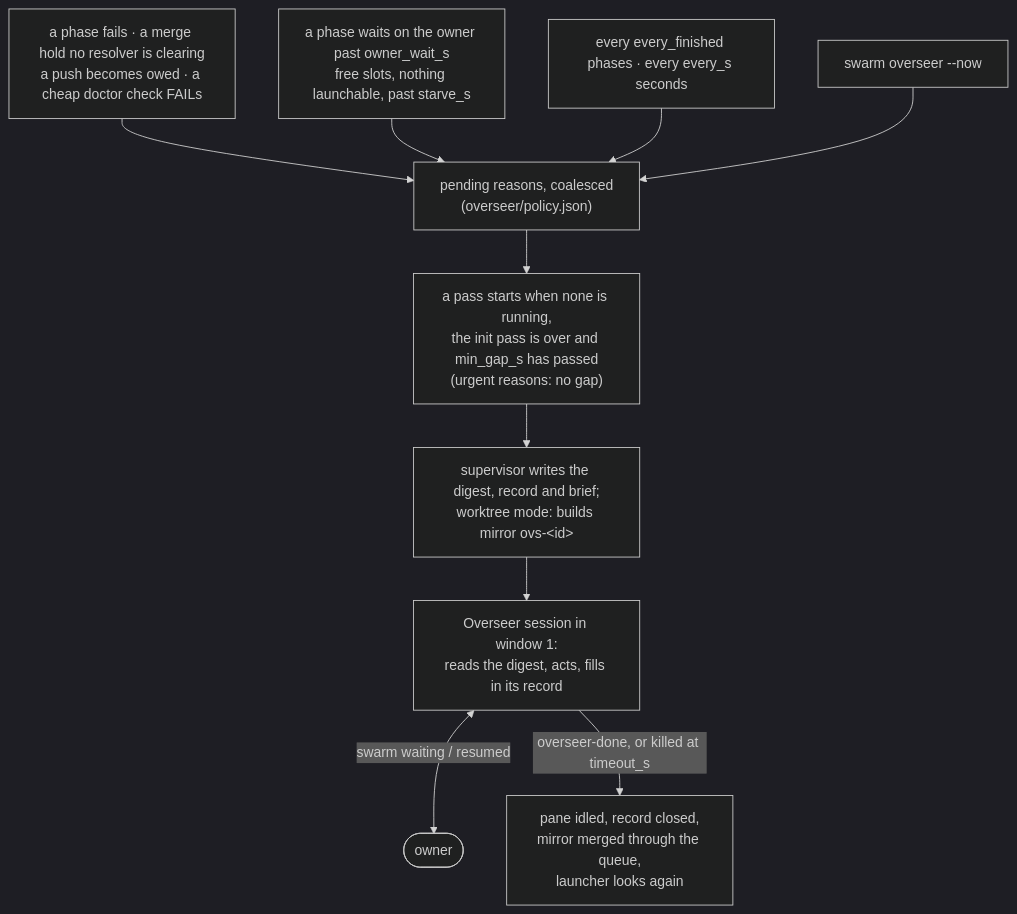
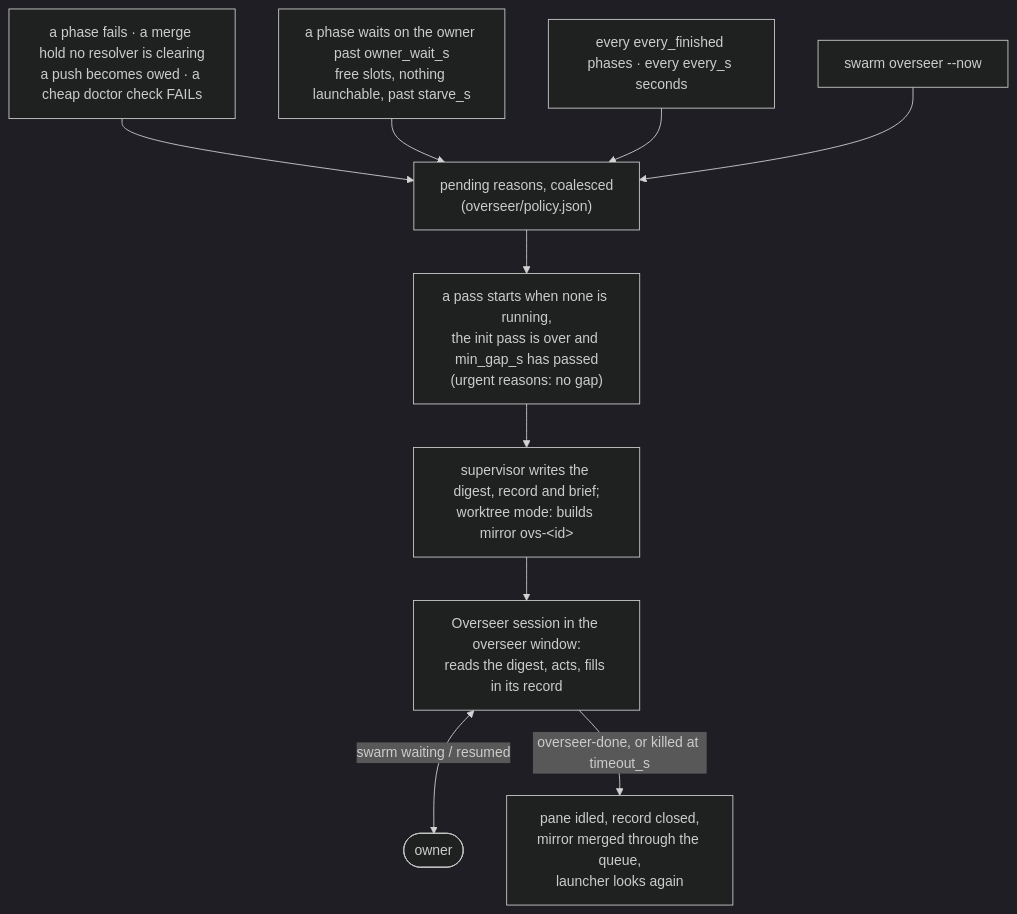
Before and after one commit to sezaiarda/swarm-orchestrator: the second of 5 diagrams in README.md, drawn with Mermaid (dark theme). The commit also changed other lines of this file and 16 other files, not shown here.

First line of the commit message:
console: the owner's own Claude session, in a window beside the dashboard

````diff
--- a/README.md
+++ b/README.md
@@ -219,12 +219,12 @@
 ```mermaid
 flowchart TD
   ev1["a phase fails · a merge hold no resolver is clearing<br/>a push becomes owed · a cheap doctor check FAILs"] --> pend
   ev2["a phase waits on the owner past owner_wait_s<br/>free slots, nothing launchable, past starve_s"] --> pend
   ct["every every_finished phases · every every_s seconds"] --> pend
   mn["swarm overseer --now"] --> pend
   pend["pending reasons, coalesced<br/>(overseer/policy.json)"] --> due["a pass starts when none is running,<br/>the init pass is over and min_gap_s has passed<br/>(urgent reasons: no gap)"]
   due --> prep["supervisor writes the digest, record and brief;<br/>worktree mode: builds mirror ovs-&lt;id&gt;"]
-  prep --> pass["Overseer session in window 1:<br/>reads the digest, acts, fills in its record"]
+  prep --> pass["Overseer session in the overseer window:<br/>reads the digest, acts, fills in its record"]
   pass <-- "swarm waiting / resumed" --> own(["owner"])
   pass -- "overseer-done, or killed at timeout_s" --> fin["pane idled, record closed,<br/>mirror merged through the queue,<br/>launcher looks again"]
 ```
````
